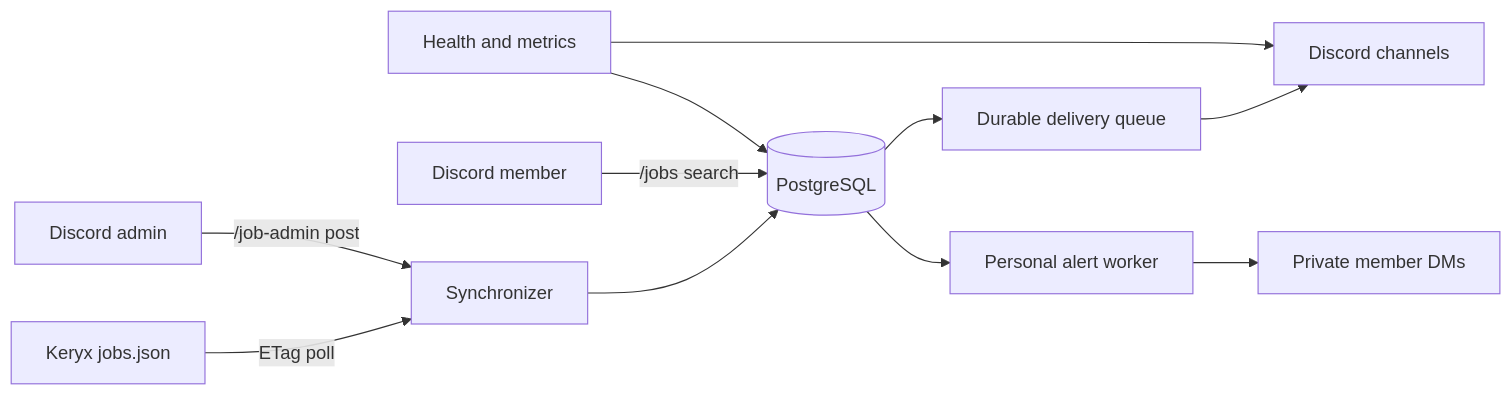
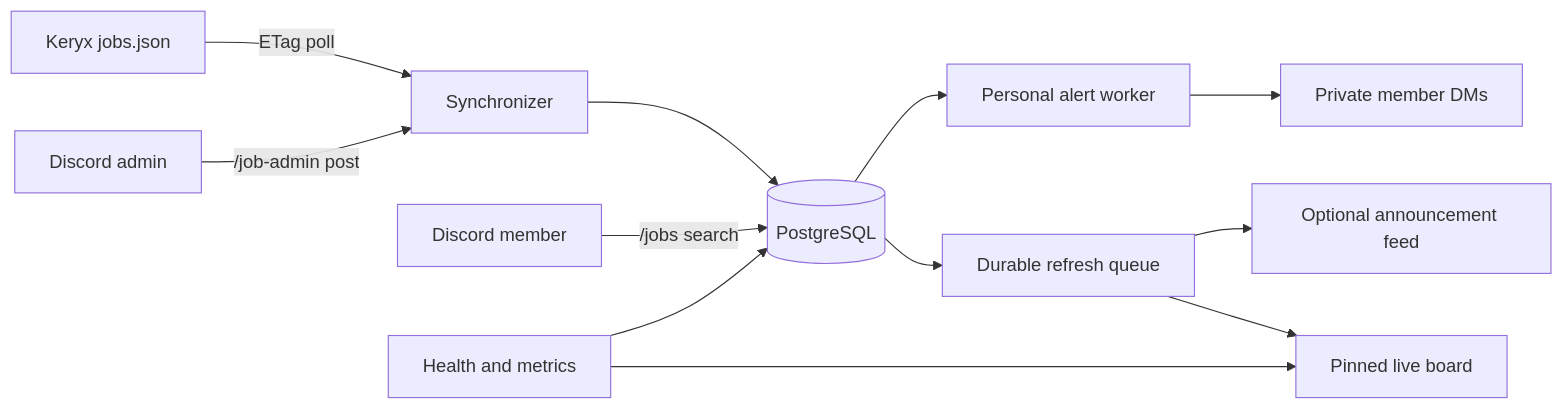
The diagram in README.md (GodlyDonuts/stentor), drawn with Mermaid before and after one commit. The commit also changed other lines of this file and 14 other files, not shown here.

````diff
--- a/README.md
+++ b/README.md
@@ -51,13 +56,14 @@
 ```mermaid
 flowchart LR
     K["Keryx jobs.json"] -->|"ETag poll"| S["Synchronizer"]
     A["Discord admin"] -->|"/job-admin post"| S
     S --> P[("PostgreSQL")]
-    P --> Q["Durable delivery queue"]
-    Q --> D["Discord channels"]
+    P --> Q["Durable refresh queue"]
+    Q --> D["Pinned live board"]
+    Q --> F["Optional announcement feed"]
     P --> N["Personal alert worker"]
     N --> M["Private member DMs"]
     U["Discord member"] -->|"/jobs search"| P
     H["Health and metrics"] --> P
     H --> D
 ```
````
